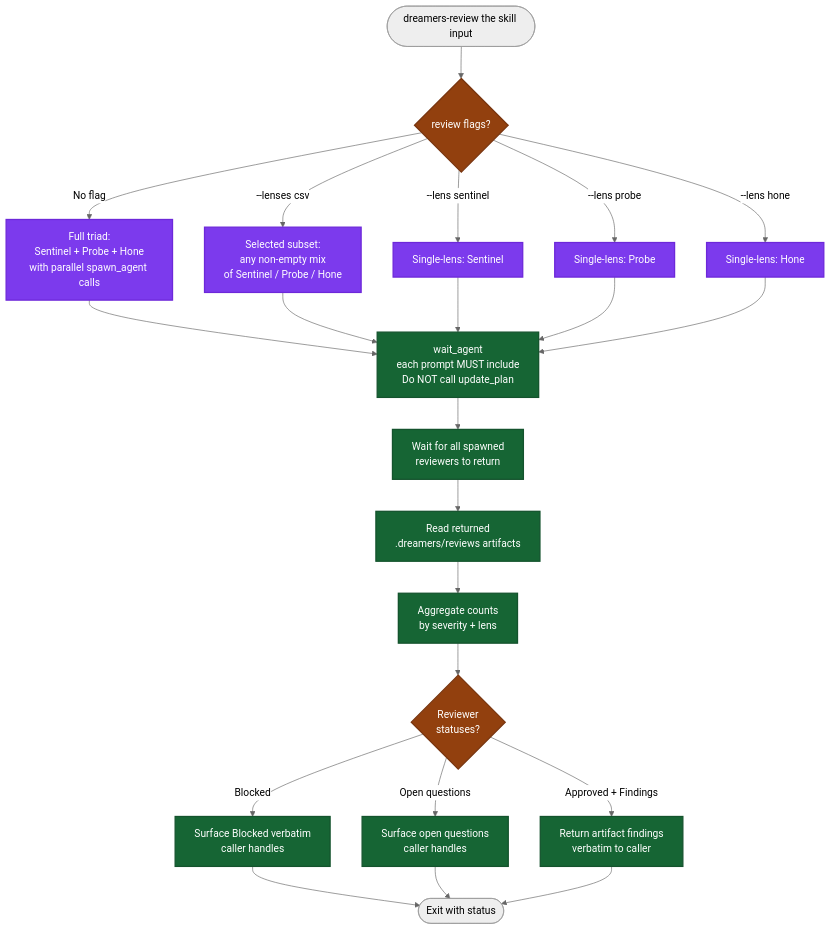
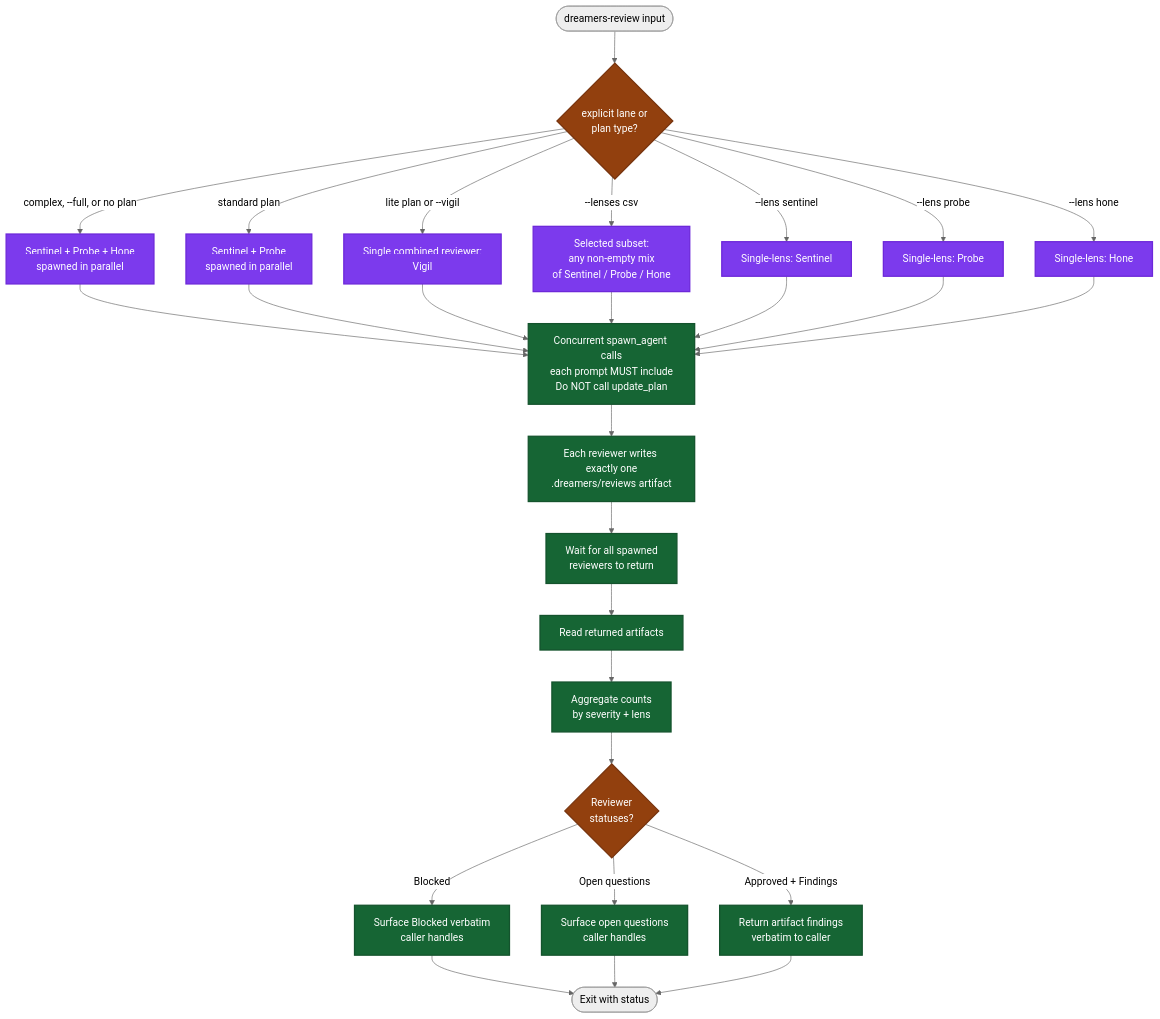
One commit to mrStorrs/dreamers-codex changed the diagram in skills/dreamers-review/readme.md. Above: the diagram before and after it, drawn with Mermaid (neutral theme). The commit also changed other lines of this file and 46 other files, not shown here.

````diff
--- a/skills/dreamers-review/readme.md
+++ b/skills/dreamers-review/readme.md
@@ -5,37 +5,42 @@
 ```mermaid
 flowchart TD
-    Start(["dreamers-review the skill input"]) --> ModeCheck{"review flags?"}
+    Start(["dreamers-review input"]) --> ModeCheck{"explicit lane or<br/>plan type?"}
 
-    ModeCheck -->|No flag| Triad["Full triad:<br/>Sentinel + Probe + Hone<br/>with parallel spawn_agent calls"]
+    ModeCheck -->|lite plan or --vigil| Vigil["Single combined reviewer:<br/>Vigil"]
+    ModeCheck -->|standard plan| Standard["Sentinel + Probe<br/>spawned in parallel"]
+    ModeCheck -->|complex, --full, or no plan| Triad["Sentinel + Probe + Hone<br/>spawned in parallel"]
     ModeCheck -->|--lenses csv| Selected["Selected subset:<br/>any non-empty mix<br/>of Sentinel / Probe / Hone"]
     ModeCheck -->|--lens sentinel| LensS["Single-lens: Sentinel"]
     ModeCheck -->|--lens probe| LensP["Single-lens: Probe"]
     ModeCheck -->|--lens hone| LensH["Single-lens: Hone"]
 
-    Triad --> Spawn["wait_agent<br/>each prompt MUST include<br/>Do NOT call update_plan"]
+    Triad --> Spawn["Concurrent spawn_agent calls<br/>each prompt MUST include<br/>Do NOT call update_plan"]
+    Standard --> Spawn
+    Vigil --> Spawn
     Selected --> Spawn
     LensS --> Spawn
     LensP --> Spawn
     LensH --> Spawn
 
-    Spawn --> Wait["Wait for all spawned<br/>reviewers to return"]
-    Wait --> Collect["Read returned<br/>.dreamers/reviews artifacts"]
+    Spawn --> WriteArtifact["Each reviewer writes exactly one<br/>.dreamers/reviews artifact"]
+    WriteArtifact --> Wait["Wait for all spawned<br/>reviewers to return"]
+    Wait --> Collect["Read returned artifacts"]
     Collect --> Aggregate["Aggregate counts<br/>by severity + lens"]
     Aggregate --> CheckStatus{"Reviewer<br/>statuses?"}
 
     CheckStatus -->|Blocked| Surface1["Surface Blocked verbatim<br/>caller handles"]
     CheckStatus -->|Open questions| Surface2["Surface open questions<br/>caller handles"]
     CheckStatus -->|Approved + Findings| Report["Return artifact findings<br/>verbatim to caller"]
 
     Surface1 --> End(["Exit with status"])
     Surface2 --> End
     Report --> End
 
     classDef gate fill:#92400e,stroke:#78350f,stroke-width:2px,color:#fff
     classDef phase fill:#166534,stroke:#14532d,stroke-width:2px,color:#fff
     classDef agent fill:#7c3aed,stroke:#6d28d9,stroke-width:2px,color:#fff
 
     class ModeCheck,CheckStatus gate
-    class Triad,Selected,LensS,LensP,LensH agent
-    class Spawn,Wait,Collect,Aggregate,Surface1,Surface2,Report phase
+    class Triad,Standard,Vigil,Selected,LensS,LensP,LensH agent
+    class Spawn,WriteArtifact,Wait,Collect,Aggregate,Surface1,Surface2,Report phase
 ```
````
